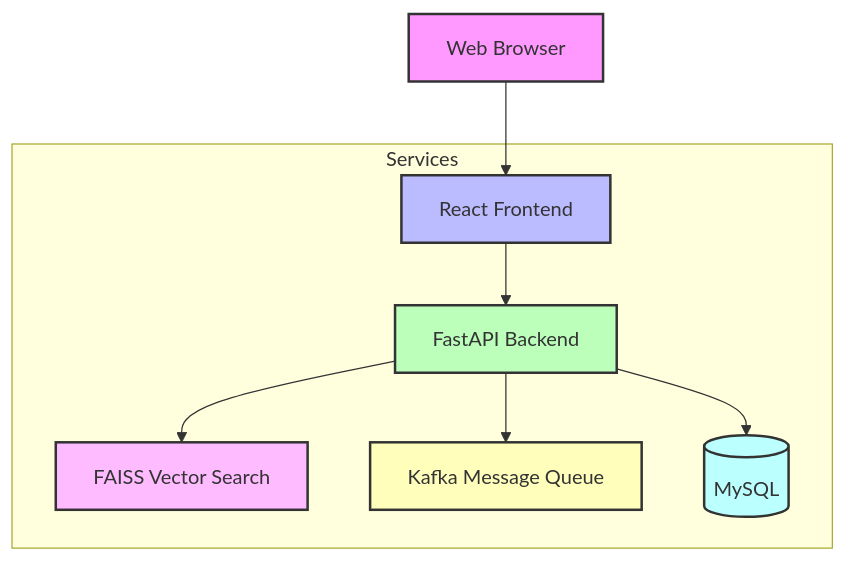
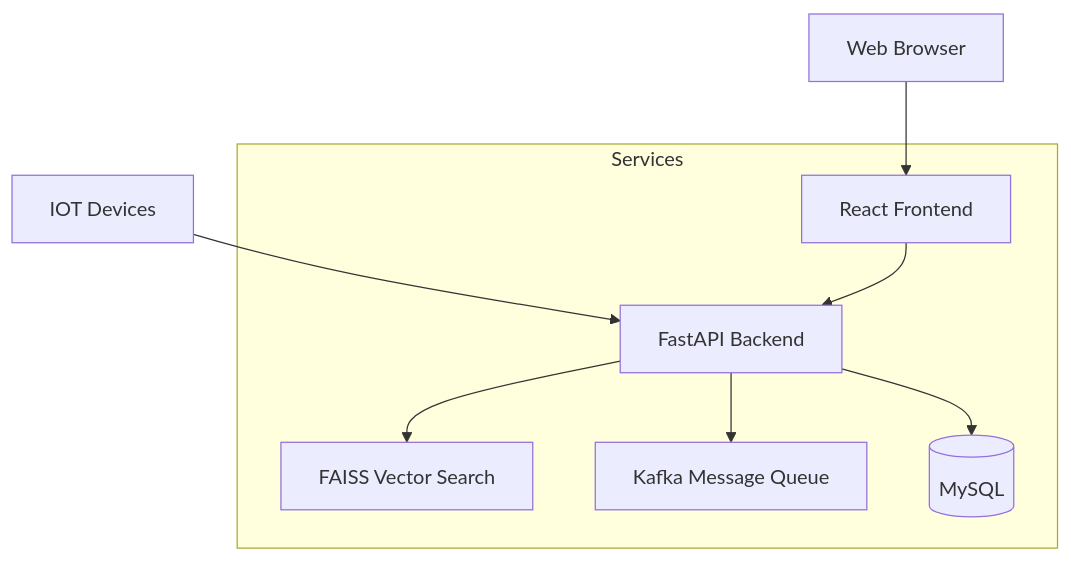
The diagram in README.md (anthonyhungnguyen/biometric-based-attendance-system), drawn with Mermaid before and after one commit. The commit also changed other lines of this file, not shown here.

````diff
--- a/README.md
+++ b/README.md
@@ -37,23 +34,17 @@
 ```mermaid
 graph TD
     Client[Web Browser] --> Frontend[React Frontend]
-    Frontend --> Backend[FastAPI Backend]
+    IOT[IOT Devices] --> Backend[FastAPI Backend]
+    Frontend --> Backend
     Backend --> FAISS[FAISS Vector Search]
     Backend --> Kafka[Kafka Message Queue]
     Backend --> DB[(MySQL)]
     
     subgraph Services
         Frontend
         Backend
         FAISS
         Kafka
         DB
     end
-
-    style Client fill:#f9f,stroke:#333,stroke-width:2px
-    style Frontend fill:#bbf,stroke:#333,stroke-width:2px
-    style Backend fill:#bfb,stroke:#333,stroke-width:2px
-    style FAISS fill:#fbf,stroke:#333,stroke-width:2px
-    style Kafka fill:#ffb,stroke:#333,stroke-width:2px
-    style DB fill:#bff,stroke:#333,stroke-width:2px
 ```
````
